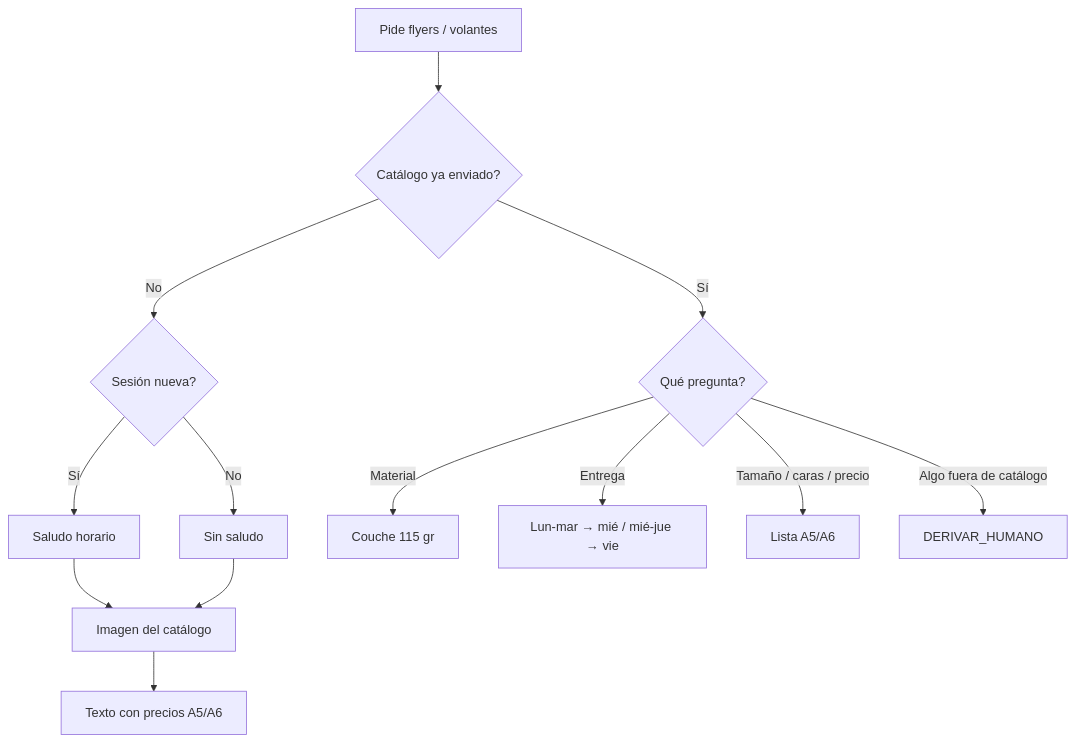
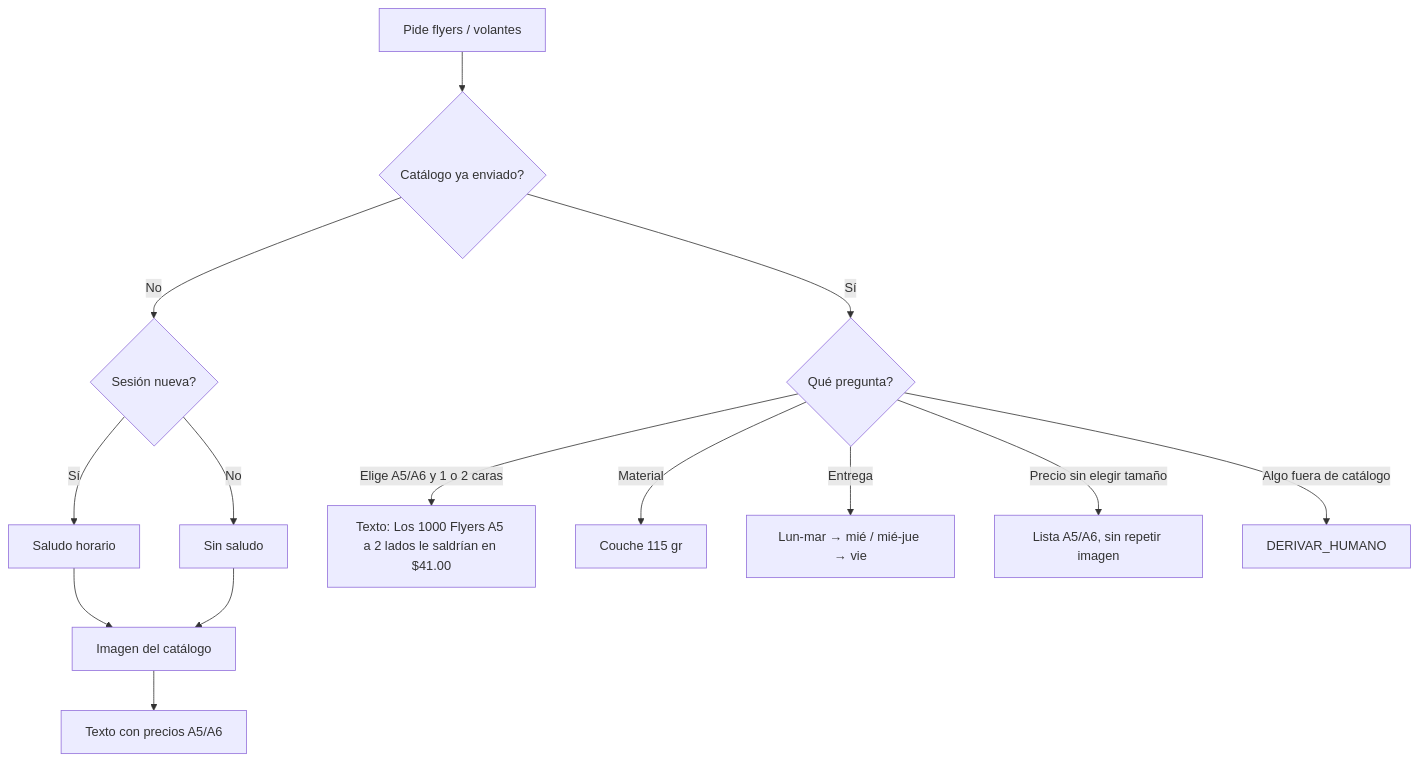
Before and after one commit to Theborycuas/pegaso-n8n: the diagram in docs/reportes/2026-10-20-flyers-volantes.md, drawn with Mermaid. The commit also changed other lines of this file and 14 other files, not shown here.

````diff
--- a/docs/reportes/2026-10-20-flyers-volantes.md
+++ b/docs/reportes/2026-10-20-flyers-volantes.md
@@ -25,15 +25,16 @@
 ```mermaid
 flowchart TD
   A[Pide flyers / volantes] --> B{Catálogo ya enviado?}
   B -->|No| C{Sesión nueva?}
   C -->|Sí| D[Saludo horario]
   C -->|No| E[Sin saludo]
   D --> IMG[Imagen del catálogo]
   E --> IMG
   IMG --> PRE[Texto con precios A5/A6]
   B -->|Sí| Q{Qué pregunta?}
+  Q -->|Elige A5/A6 y 1 o 2 caras| COT[Texto: Los 1000 Flyers A5 a 2 lados le saldrían en $41.00]
   Q -->|Material| MAT[Couche 115 gr]
   Q -->|Entrega| ENT[Lun-mar → mié / mié-jue → vie]
-  Q -->|Tamaño / caras / precio| LST[Lista A5/A6]
+  Q -->|Precio sin elegir tamaño| LST[Lista A5/A6, sin repetir imagen]
   Q -->|Algo fuera de catálogo| HUM[DERIVAR_HUMANO]
 ```
````
